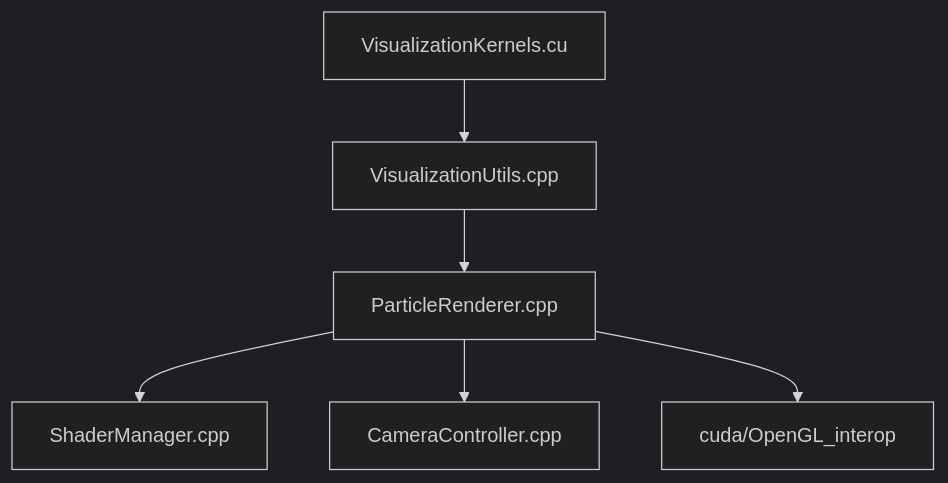
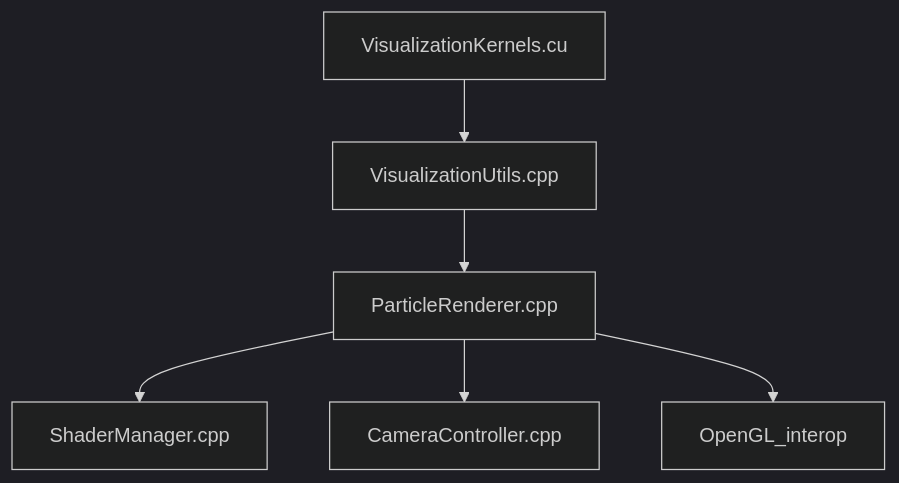
The diagram in simulator/visualization/README-visualization.md (tusca99/N-body-simulation), drawn with Mermaid (dark theme) before and after one commit. The commit also changed other lines of this file, not shown here.

Commit message:
Rename OpenGL_interop directory to OpenGL_interop

````diff
--- a/simulator/visualization/README-visualization.md
+++ b/simulator/visualization/README-visualization.md
@@ -68,8 +68,8 @@
 ```mermaid
 graph TD
     VisualizationKernels.cu --> VisualizationUtils.cpp
     VisualizationUtils.cpp --> ParticleRenderer.cpp
     ParticleRenderer.cpp --> ShaderManager.cpp
     ParticleRenderer.cpp --> CameraController.cpp
-    ParticleRenderer.cpp --> cuda/OpenGL_interop
+    ParticleRenderer.cpp --> OpenGL_interop
 ```
````
